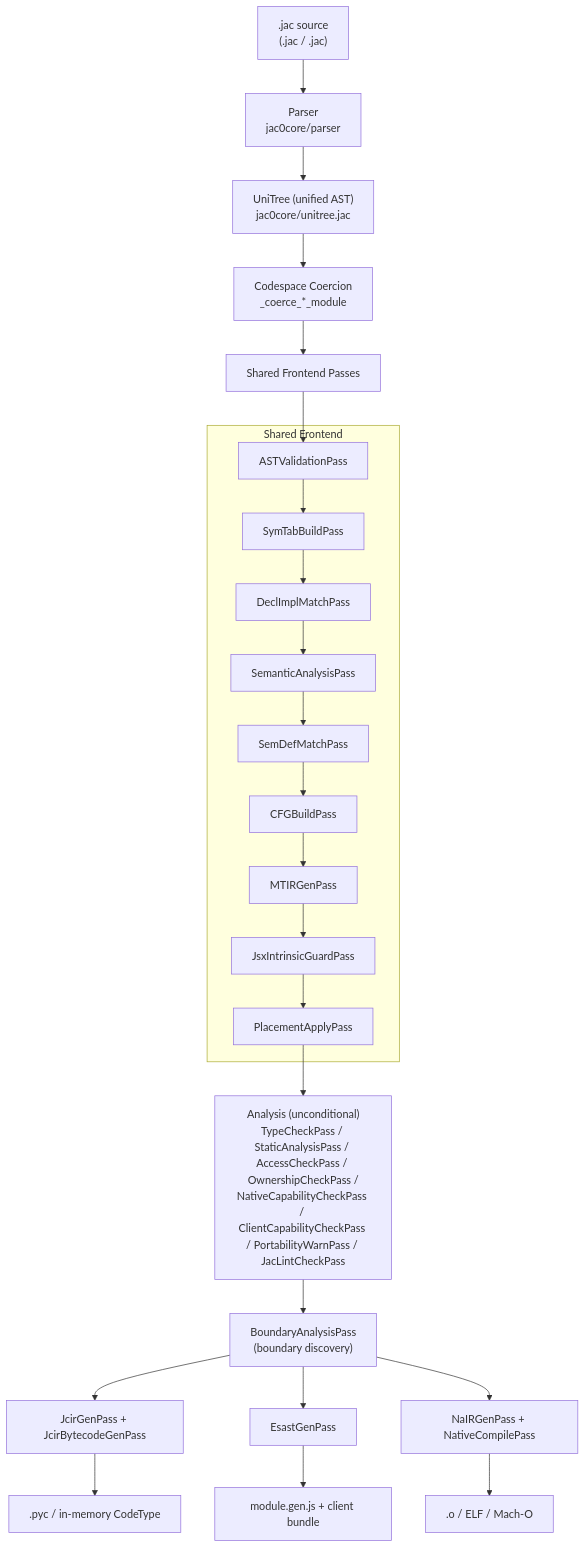
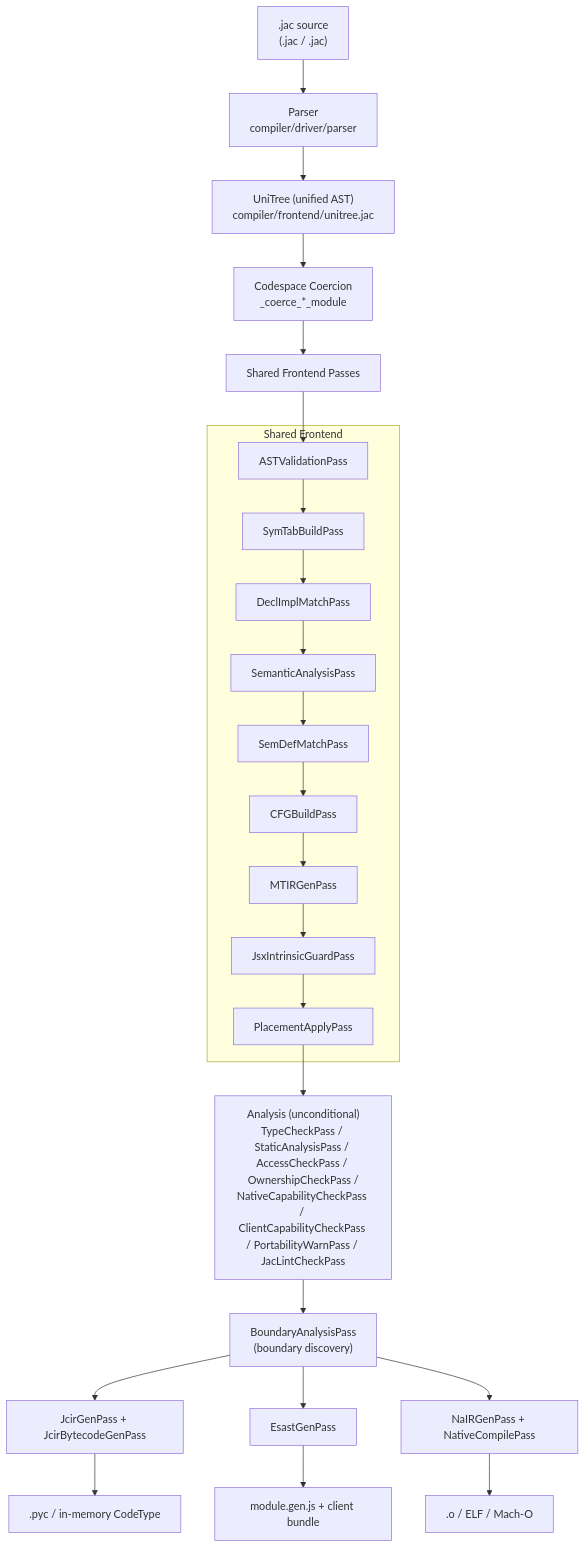
Before and after one commit to jaseci-labs/jaseci: the second of 3 diagrams in jac/jaclang/cli/docs/internals/compiler_architecture.md, drawn with Mermaid. The commit also changed other lines of this file and 3701 other files, not shown here.

````diff
--- a/jac/jaclang/cli/docs/internals/compiler_architecture.md
+++ b/jac/jaclang/cli/docs/internals/compiler_architecture.md
@@ -98,30 +98,30 @@
 ```mermaid
 graph TD
-    SRC[".jac source<br/>(.jac / .jac)"] --> PARSE[Parser<br/>jac0core/parser]
-    PARSE --> UNI["UniTree (unified AST)<br/>jac0core/unitree.jac"]
+    SRC[".jac source<br/>(.jac / .jac)"] --> PARSE[Parser<br/>compiler/driver/parser]
+    PARSE --> UNI["UniTree (unified AST)<br/>compiler/frontend/unitree.jac"]
     UNI --> COERCE["Codespace Coercion<br/>_coerce_*_module"]
     COERCE --> FRONTEND[Shared Frontend Passes]
 
     subgraph FRONTEND_PASSES["Shared Frontend"]
         FE1[ASTValidationPass]
         FE2[SymTabBuildPass]
         FE3[DeclImplMatchPass]
         FE4[SemanticAnalysisPass]
         FE5[SemDefMatchPass]
         FE6[CFGBuildPass]
         FE7[MTIRGenPass]
         FE8[JsxIntrinsicGuardPass]
         FE9[PlacementApplyPass]
     end
 
     FRONTEND --> FE1 --> FE2 --> FE3 --> FE4 --> FE5 --> FE6 --> FE7 --> FE8 --> FE9
     FE9 --> TYPECK["Analysis (unconditional)<br/>TypeCheckPass / StaticAnalysisPass / AccessCheckPass / OwnershipCheckPass /<br/>NativeCapabilityCheckPass / ClientCapabilityCheckPass / PortabilityWarnPass / JacLintCheckPass"]
     TYPECK --> INTEROP["BoundaryAnalysisPass<br/>(boundary discovery)"]
     INTEROP --> SV[JcirGenPass + JcirBytecodeGenPass]
     INTEROP --> CL[EsastGenPass]
     INTEROP --> NA[NaIRGenPass + NativeCompilePass]
 
     SV --> SVOUT[".pyc / in-memory CodeType"]
     CL --> CLOUT["module.gen.js + client bundle"]
     NA --> NAOUT[".o / ELF / Mach-O"]
 ```
````
